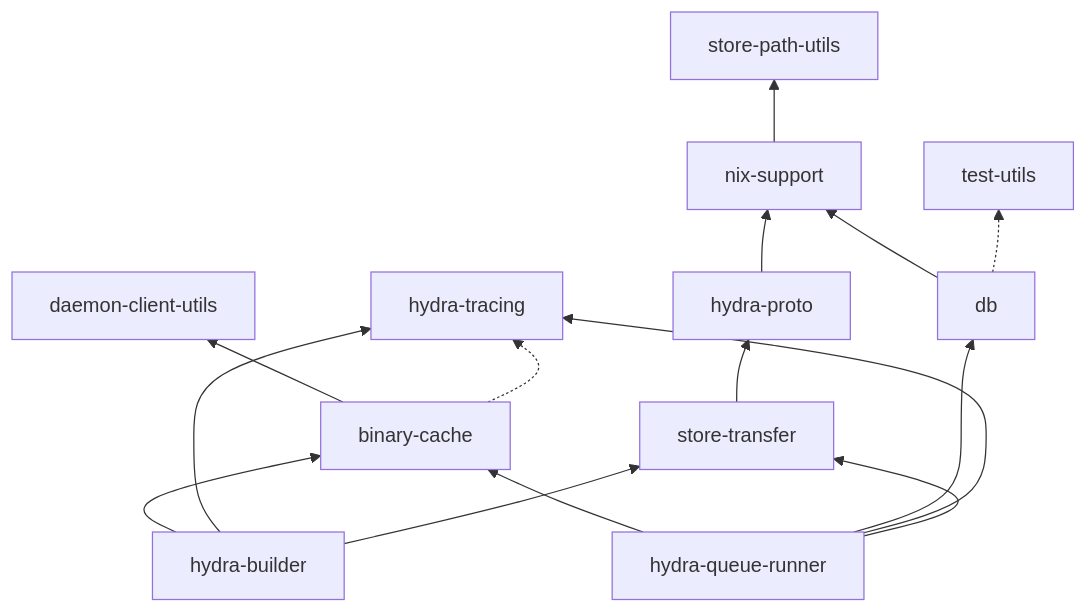
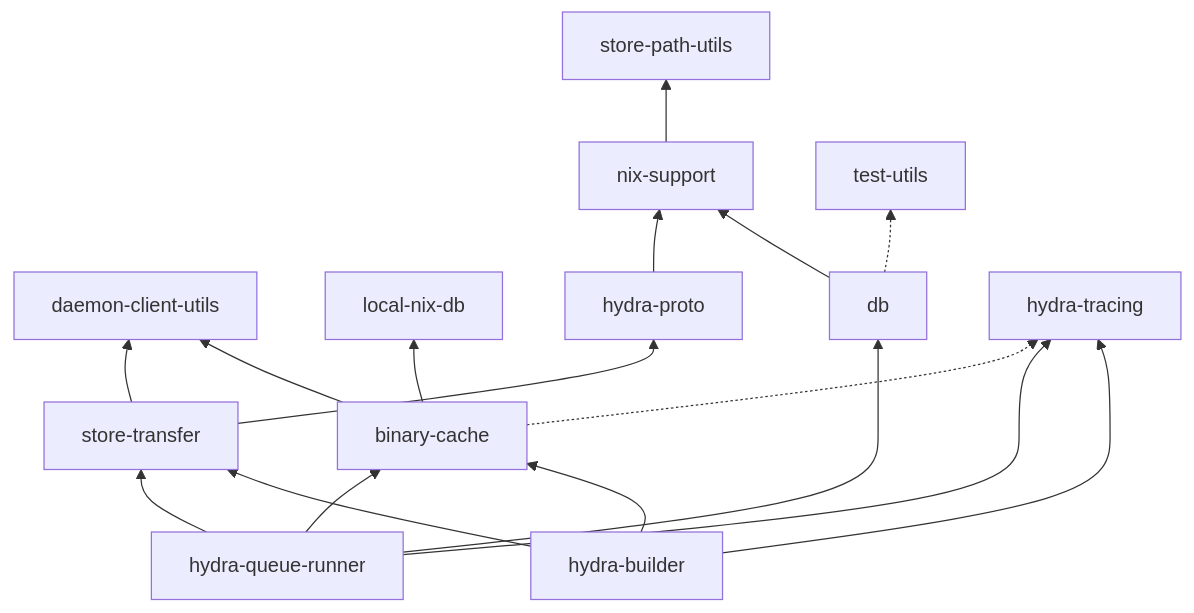
One commit to NixOS/hydra changed the diagram in subprojects/hydra-manual/src/architecture.md. Above: the diagram before and after it, drawn with Mermaid. The commit also changed 21 other files, not shown here.

````diff
--- a/subprojects/hydra-manual/src/architecture.md
+++ b/subprojects/hydra-manual/src/architecture.md
@@ -62,17 +62,19 @@
 ```mermaid
 graph BT
     binary-cache --> daemon-client-utils
+    binary-cache --> local-nix-db
     nix-support --> store-path-utils
     db --> nix-support
     hydra-proto --> nix-support
+    store-transfer --> daemon-client-utils
     store-transfer --> hydra-proto
     hydra-builder --> binary-cache
     hydra-builder --> hydra-tracing
     hydra-builder --> store-transfer
     hydra-queue-runner --> binary-cache
     hydra-queue-runner --> db
     hydra-queue-runner --> hydra-tracing
     hydra-queue-runner --> store-transfer
     binary-cache -.-> hydra-tracing
     db -.-> test-utils
 ```
````
